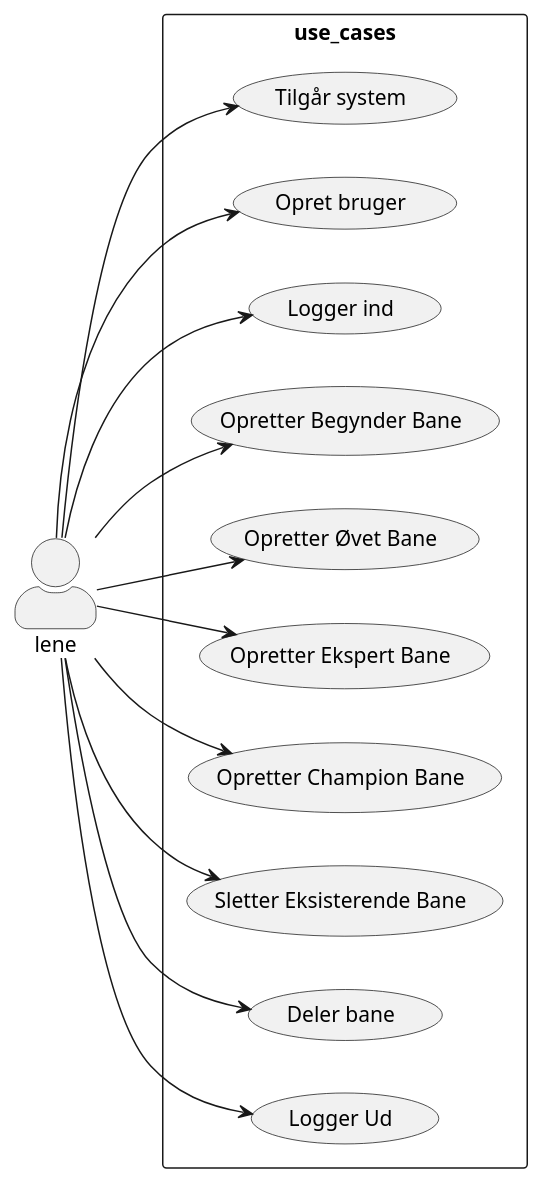
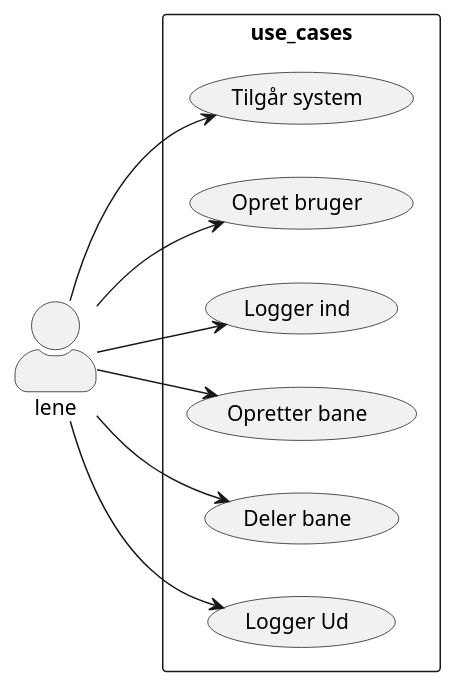
Before and after one commit to Team-1-ucl/Team1_Projekt: the diagram in Dokumentation/User-Diagram.wsd, drawn with PlantUML.

Commit message:
Rettet uc diagram

```diff
--- a/Dokumentation/User-Diagram.wsd
+++ b/Dokumentation/User-Diagram.wsd
@@ -1,29 +1,20 @@
 @startuml UseCase Diagram
 skinparam actorStyle awesome
 left to right direction
 actor lene as lene
 rectangle use_cases{
     usecase "Tilgår system" as UC1
     usecase "Opret bruger" as UC2
     usecase "Logger ind" as UC3
-    usecase "Opretter Begynder Bane" as UC4  
-    usecase "Opretter Øvet Bane" as UC5  
-    usecase "Opretter Ekspert Bane" as UC6  
-    usecase "Opretter Champion Bane" as UC7  
-    usecase "Sletter Eksisterende Bane" as UC8  
+    usecase "Opretter bane" as UC4  
     usecase "Deler bane" as UC9  
-    
     usecase "Logger Ud" as UC10  
 }
 lene --> UC1
 lene --> UC2
 lene --> UC3
 lene --> UC4
-lene --> UC5
-lene --> UC6
-lene --> UC7
-lene --> UC8
 lene --> UC9
 lene --> UC10
 
 @enduml
```
